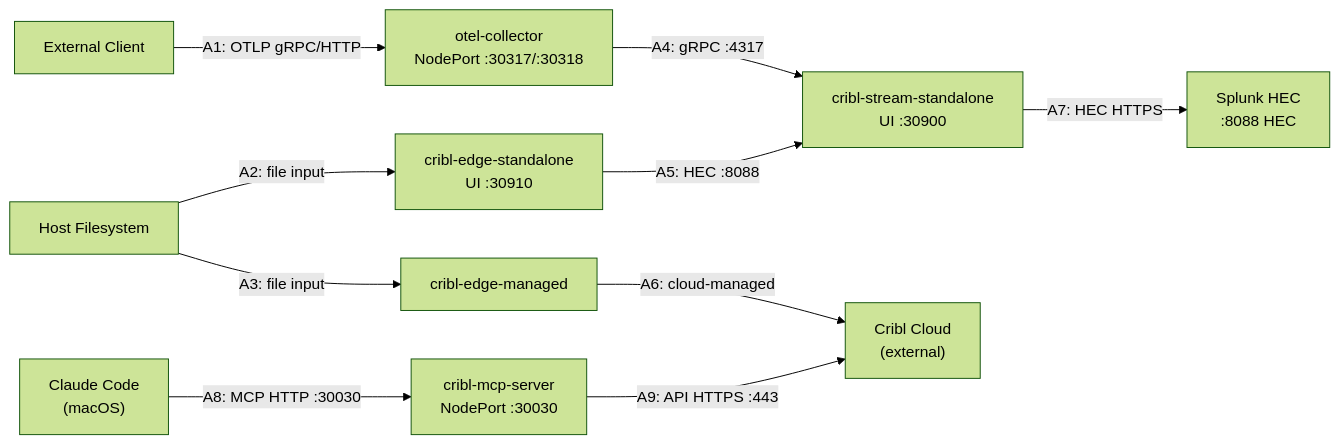
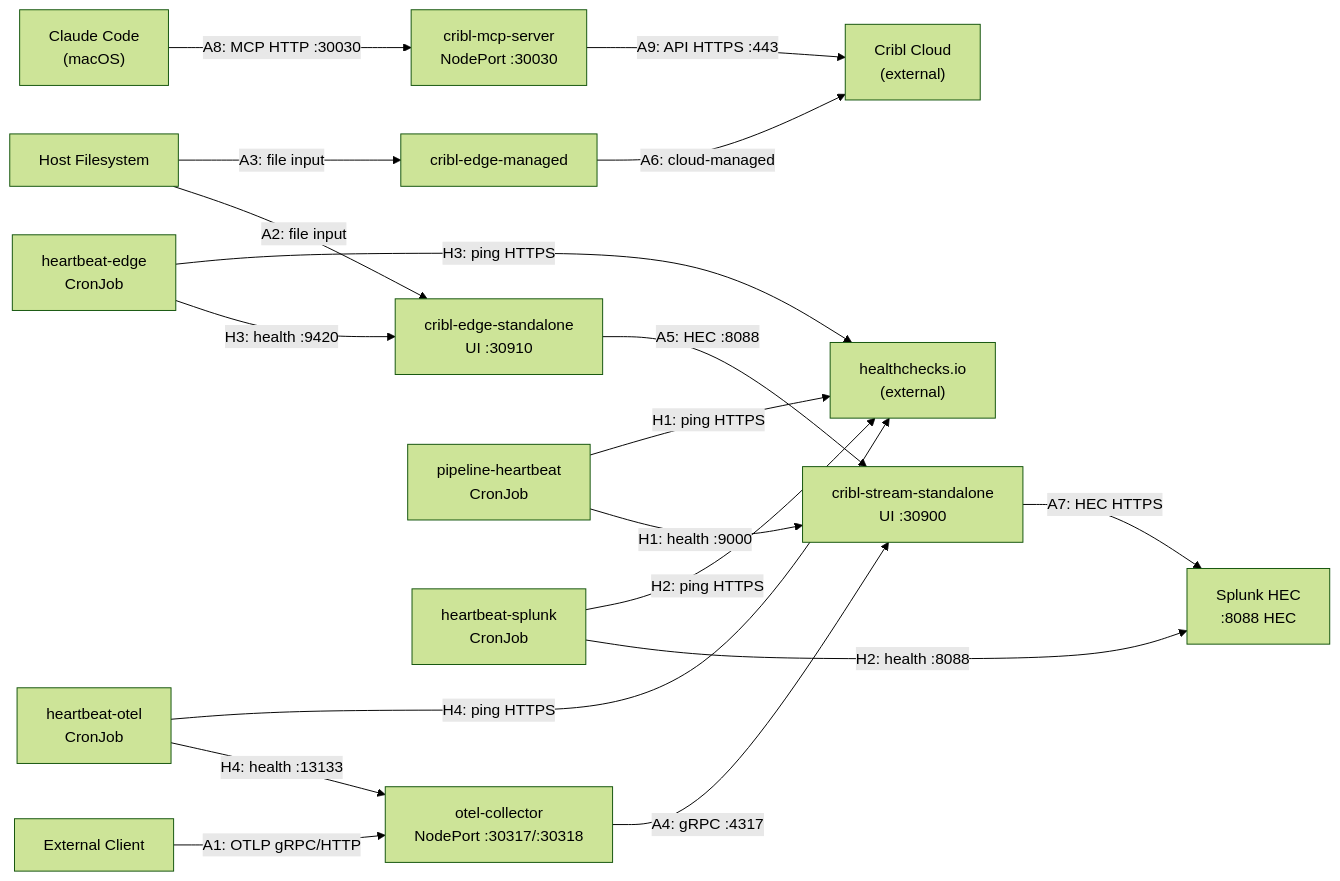
One commit to JacobPEvans/kubernetes-monitoring changed the diagram in docs/ARCHITECTURE.md. Above: the diagram before and after it, drawn with Mermaid (forest theme). The commit also changed other lines of this file and 17 other files, not shown here.

````diff
--- a/docs/ARCHITECTURE.md
+++ b/docs/ARCHITECTURE.md
@@ -5,23 +5,36 @@
 ```mermaid
 flowchart LR
     Client[External Client]
     HostFS[Host Filesystem]
     OtelCollector["otel-collector\nNodePort :30317/:30318"]
     EdgeStandalone["cribl-edge-standalone\nUI :30910"]
     EdgeManaged[cribl-edge-managed]
     StreamStandalone["cribl-stream-standalone\nUI :30900"]
     SplunkHEC["Splunk HEC\n:8088 HEC"]
     CriblCloud["Cribl Cloud\n(external)"]
     McpServer["cribl-mcp-server\nNodePort :30030"]
     ClaudeCode["Claude Code\n(macOS)"]
+    HCio["healthchecks.io\n(external)"]
+    HB1["pipeline-heartbeat\nCronJob"]
+    HB2["heartbeat-splunk\nCronJob"]
+    HB3["heartbeat-edge\nCronJob"]
+    HB4["heartbeat-otel\nCronJob"]
 
     Client -->|"A1: OTLP gRPC/HTTP"| OtelCollector
     HostFS -->|"A2: file input"| EdgeStandalone
     HostFS -->|"A3: file input"| EdgeManaged
     OtelCollector -->|"A4: gRPC :4317"| StreamStandalone
     EdgeStandalone -->|"A5: HEC :8088"| StreamStandalone
     EdgeManaged -->|"A6: cloud-managed"| CriblCloud
     StreamStandalone -->|"A7: HEC HTTPS"| SplunkHEC
     ClaudeCode -->|"A8: MCP HTTP :30030"| McpServer
     McpServer -->|"A9: API HTTPS :443"| CriblCloud
+    HB1 -->|"H1: health :9000"| StreamStandalone
+    HB1 -->|"H1: ping HTTPS"| HCio
+    HB2 -->|"H2: health :8088"| SplunkHEC
+    HB2 -->|"H2: ping HTTPS"| HCio
+    HB3 -->|"H3: health :9420"| EdgeStandalone
+    HB3 -->|"H3: ping HTTPS"| HCio
+    HB4 -->|"H4: health :13133"| OtelCollector
+    HB4 -->|"H4: ping HTTPS"| HCio
 ```
````
